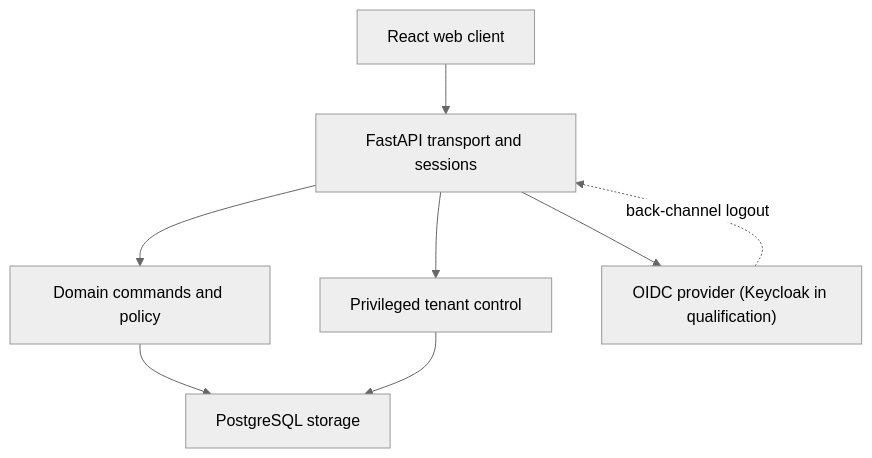
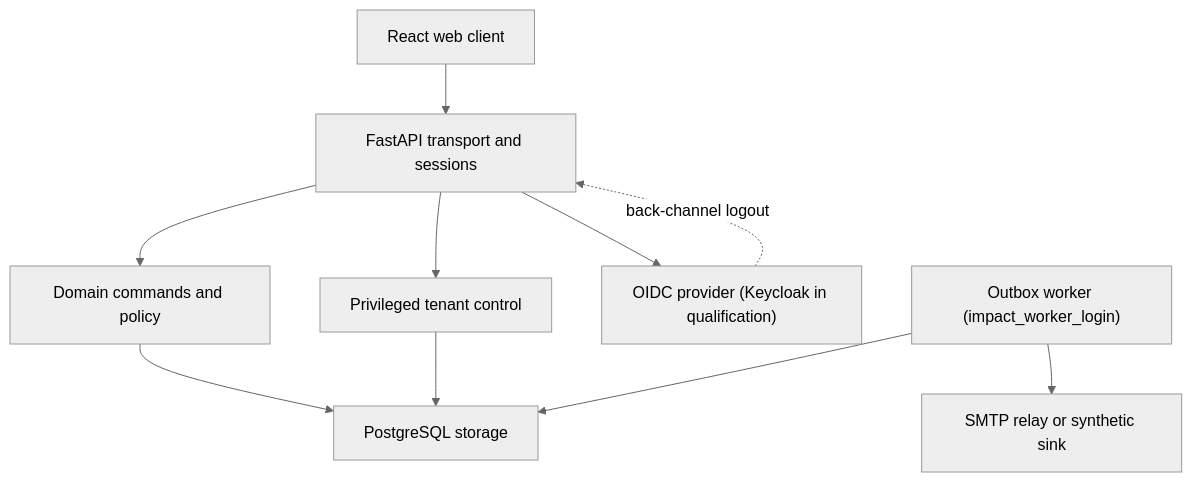
One commit to nakul175/impact-platform changed the first of 5 diagrams in docs/current/ARCHITECTURE-CURRENT.md. Above: the diagram before and after it, drawn with Mermaid (neutral theme). The commit also changed other lines of this file and 34 other files, not shown here.

````diff
--- a/docs/current/ARCHITECTURE-CURRENT.md
+++ b/docs/current/ARCHITECTURE-CURRENT.md
@@ -5,10 +5,12 @@
 ```mermaid
 flowchart TD
     W["React web client"] --> A["FastAPI transport and sessions"]
     A --> D["Domain commands and policy"]
     A --> C["Privileged tenant control"]
     D --> S["PostgreSQL storage"]
     C --> S
     A --> I["OIDC provider (Keycloak in qualification)"]
     I -. "back-channel logout" .-> A
+    K["Outbox worker (impact_worker_login)"] --> S
+    K --> M["SMTP relay or synthetic sink"]
 ```
````
